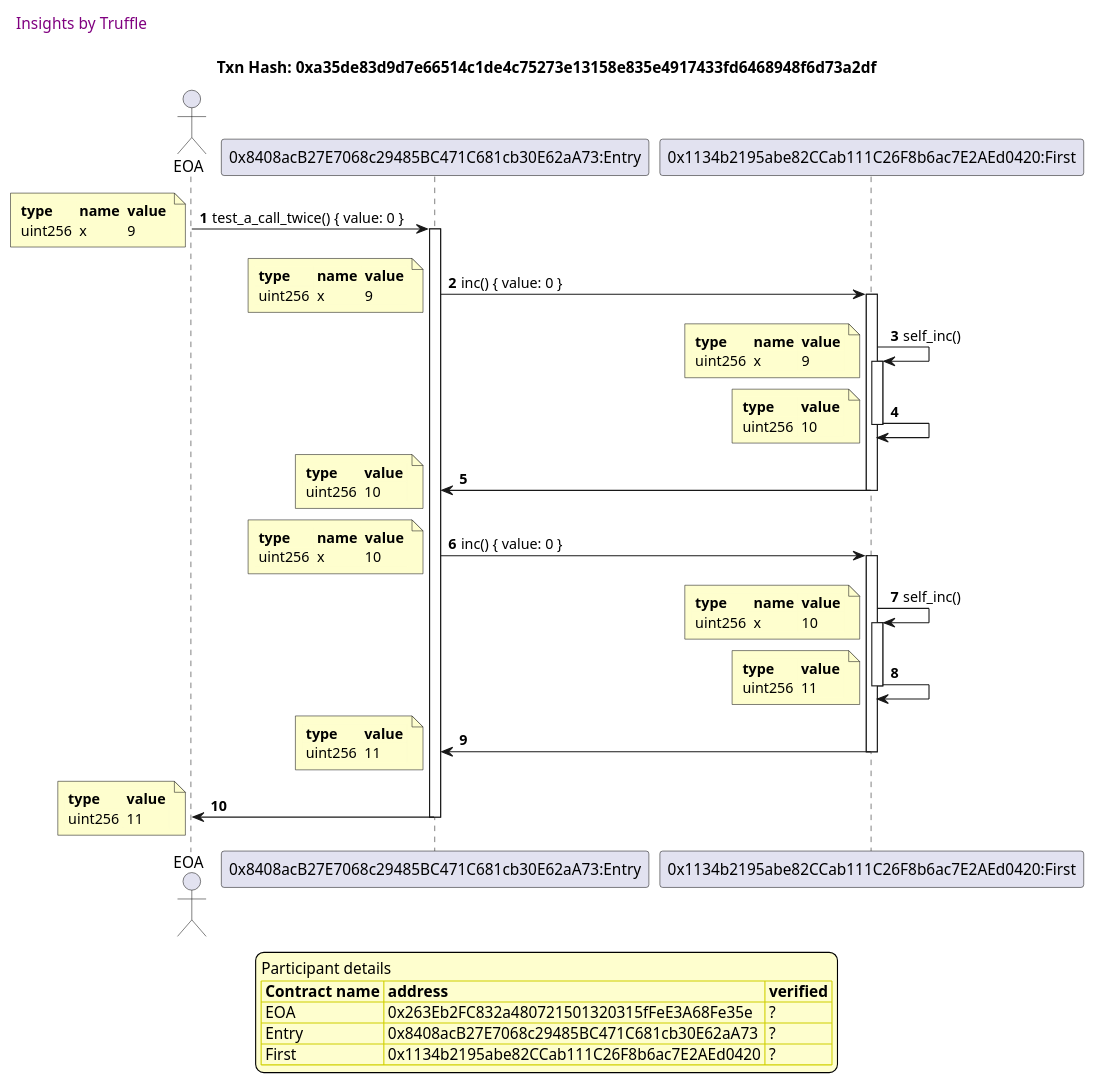
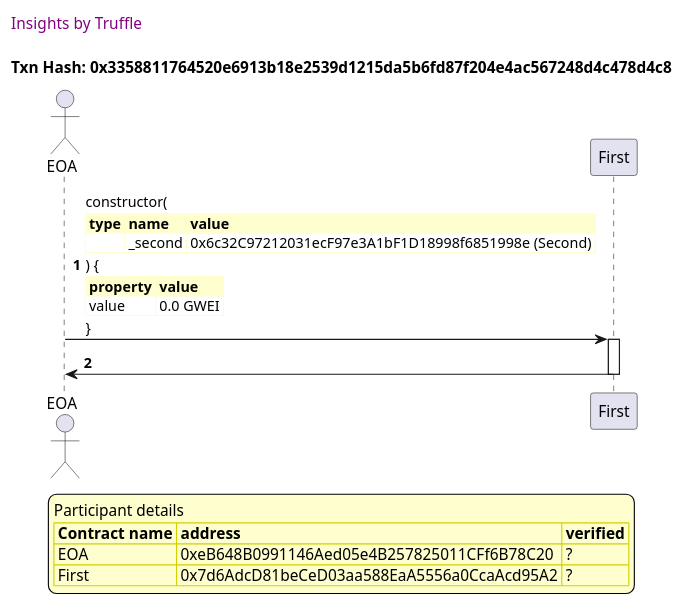
The second of 3 diagrams in truffle-seq/basics.md (trufflesuite/txlog-seedlings), drawn with PlantUML before and after one commit. The commit also changed other lines of this file and 5 other files, not shown here.

````diff
--- a/truffle-seq/basics.md
+++ b/truffle-seq/basics.md
@@ -97,100 +64,47 @@
 ```plantuml
+
+
 @startuml
 
 autonumber
-
 skinparam legendBackgroundColor #FEFECE
 
 <style>
-
-header {
-  HorizontalAlignment left
-  FontColor purple
-  FontSize 14
-  Padding 10
-}
-
-</style>
-
+      header {
+        HorizontalAlignment left
+        FontColor purple
+        FontSize 14
+        Padding 10
+      }
+    </style>
 
 header Insights by Truffle
 
-title Txn Hash: 0xa35de83d9d7e66514c1de4c75273e13158e835e4917433fd6468948f6d73a2df
+title Txn Hash: 0x3358811764520e6913b18e2539d1215da5b6fd87f204e4ac567248d4c478d4c8
+
 
 actor EOA as "EOA"
-participant Entry_01 as "0x8408acB27E7068c29485BC471C681cb30E62aA73:Entry"
-participant First_01 as "0x1134b2195abe82CCab111C26F8b6ac7E2AEd0420:First"
 
-EOA -> Entry_01 ++: test_a_call_twice() { value: 0 }
-note left #FEFECE
-<#FEFECE,#FEFECE>|= type |= name |= value |
-| uint256 | x | 9 |
-end note
+participant First as "First"
 
-Entry_01 -> First_01 ++: inc() { value: 0 }
-note left #FEFECE
-<#FEFECE,#FEFECE>|= type |= name |= value |
-| uint256 | x | 9 |
-end note
+"EOA" -> "First" ++: constructor(\n\
+<#FEFECE,#FEFECE>|= type |= name |= value |\n\
+|  | _second | 0x6c32C97212031ecF97e3A1bF1D18998f6851998e (Second) |\n\
+) {\n\
+<#FEFECE,#FEFECE>|= property |= value|\n\
+| value | 0.0 GWEI |\n\
+}
 
-First_01 -> First_01 ++: self_inc() 
-note left #FEFECE
-<#FEFECE,#FEFECE>|= type |= name |= value |
-| uint256 | x | 9 |
-end note
-
-First_01 -> First_01 --: 
-note left #FEFECE
-<#FEFECE,#FEFECE>|= type |= value |
-| uint256 | 10 |
-end note
-
-First_01 -> Entry_01 --: 
-note left #FEFECE
-<#FEFECE,#FEFECE>|= type |= value |
-| uint256 | 10 |
-end note
-
-Entry_01 -> First_01 ++: inc() { value: 0 }
-note left #FEFECE
-<#FEFECE,#FEFECE>|= type |= name |= value |
-| uint256 | x | 10 |
-end note
-
-First_01 -> First_01 ++: self_inc() 
-note left #FEFECE
-<#FEFECE,#FEFECE>|= type |= name |= value |
-| uint256 | x | 10 |
-end note
-
-First_01 -> First_01 --: 
-note left #FEFECE
-<#FEFECE,#FEFECE>|= type |= value |
-| uint256 | 11 |
-end note
-
-First_01 -> Entry_01 --: 
-note left #FEFECE
-<#FEFECE,#FEFECE>|= type |= value |
-| uint256 | 11 |
-end note
-
-Entry_01 -> EOA --: 
-note left #FEFECE
-<#FEFECE,#FEFECE>|= type |= value |
-| uint256 | 11 |
-end note
+"First" -> "EOA" --: 
 
 
 
 legend
 Participant details
 <#FEFECE,#D0D000>|= Contract name |= address |= verified |
-<#FEFECE>| EOA | 0x263Eb2FC832a480721501320315fFeE3A68Fe35e | ? |
-<#FEFECE>| Entry | 0x8408acB27E7068c29485BC471C681cb30E62aA73 | ? |
-<#FEFECE>| First | 0x1134b2195abe82CCab111C26F8b6ac7E2AEd0420 | ? |
+<#FEFECE>| EOA | 0xeB648B0991146Aed05e4B257825011CFf6B78C20 | ? |
+<#FEFECE>| First | 0x7d6AdcD81beCeD03aa588EaA5556a0CcaAcd95A2 | ? |
 endlegend
-
 
 
 @enduml
````
